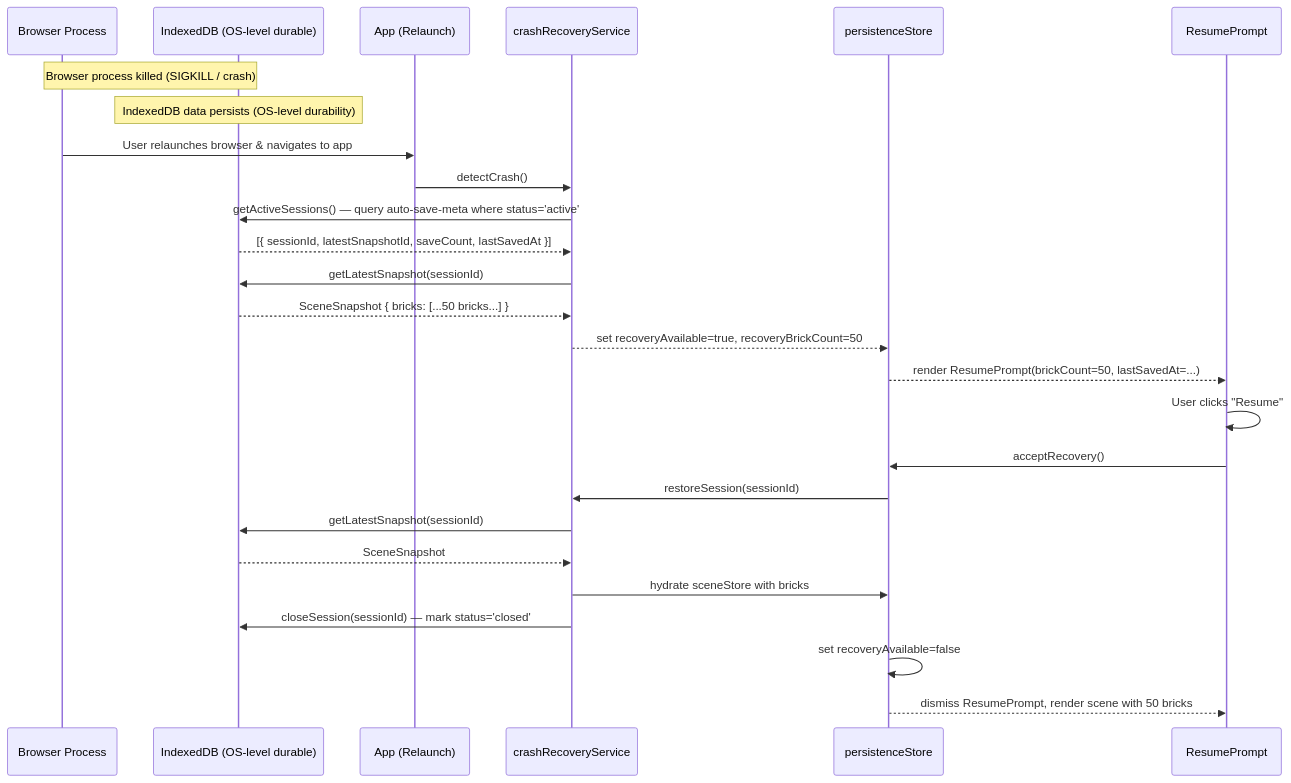
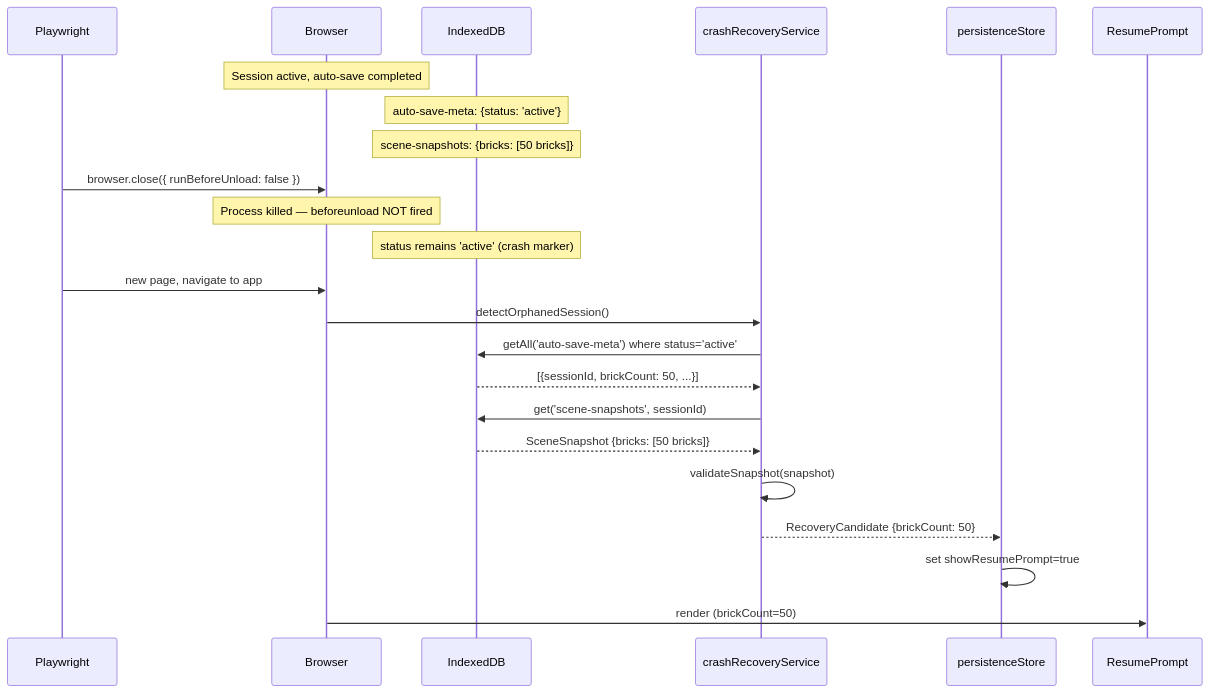
One commit to sreenivasmrpivot/legobuilder changed the second of 4 diagrams in docs/features/NFR-REL-001/LOW_LEVEL_DESIGN.md. Above: the diagram before and after it, drawn with Mermaid. The commit also changed other lines of this file and 2 other files, not shown here.

First line of the commit message:
docs: LLD v2 for NFR-REL-001 — Ensure auto-saved data survives browser crash with zero data loss

````diff
--- a/docs/features/NFR-REL-001/LOW_LEVEL_DESIGN.md
+++ b/docs/features/NFR-REL-001/LOW_LEVEL_DESIGN.md
@@ -337,29 +286,25 @@
 ```mermaid
 sequenceDiagram
-    participant Browser as Browser Process
-    participant IDB as IndexedDB (OS-level durable)
-    participant App2 as App (Relaunch)
-    participant RecSvc as crashRecoveryService
-    participant Store as persistenceStore
-    participant UI as ResumePrompt
+    participant Playwright
+    participant Browser
+    participant IndexedDB
 
-    Note over Browser,IDB: Browser process killed (SIGKILL / crash)
-    Note over IDB: IndexedDB data persists (OS-level durability)
-    Browser->>App2: User relaunches browser & navigates to app
-    App2->>RecSvc: detectCrash()
-    RecSvc->>IDB: getActiveSessions() — query auto-save-meta where status='active'
-    IDB-->>RecSvc: [{ sessionId, latestSnapshotId, saveCount, lastSavedAt }]
-    RecSvc->>IDB: getLatestSnapshot(sessionId)
-    IDB-->>RecSvc: SceneSnapshot { bricks: [...50 bricks...] }
-    RecSvc-->>Store: set recoveryAvailable=true, recoveryBrickCount=50
-    Store-->>UI: render ResumePrompt(brickCount=50, lastSavedAt=...)
-    UI->>UI: User clicks "Resume"
-    UI->>Store: acceptRecovery()
-    Store->>RecSvc: restoreSession(sessionId)
-    RecSvc->>IDB: getLatestSnapshot(sessionId)
-    IDB-->>RecSvc: SceneSnapshot
-    RecSvc->>Store: hydrate sceneStore with bricks
-    RecSvc->>IDB: closeSession(sessionId) — mark status='closed'
-    Store->>Store: set recoveryAvailable=false
-    Store-->>UI: dismiss ResumePrompt, render scene with 50 bricks
+    Note over Browser: Session active, auto-save completed
+    Note over IndexedDB: auto-save-meta: {status: 'active'}
+    Note over IndexedDB: scene-snapshots: {bricks: [50 bricks]}
+
+    Playwright->>Browser: browser.close({ runBeforeUnload: false })
+    Note over Browser: Process killed — beforeunload NOT fired
+    Note over IndexedDB: status remains 'active' (crash marker)
+
+    Playwright->>Browser: new page, navigate to app
+    Browser->>crashRecoveryService: detectOrphanedSession()
+    crashRecoveryService->>IndexedDB: getAll('auto-save-meta') where status='active'
+    IndexedDB-->>crashRecoveryService: [{sessionId, brickCount: 50, ...}]
+    crashRecoveryService->>IndexedDB: get('scene-snapshots', sessionId)
+    IndexedDB-->>crashRecoveryService: SceneSnapshot {bricks: [50 bricks]}
+    crashRecoveryService->>crashRecoveryService: validateSnapshot(snapshot)
+    crashRecoveryService-->>persistenceStore: RecoveryCandidate {brickCount: 50}
+    persistenceStore->>persistenceStore: set showResumePrompt=true
+    Browser->>ResumePrompt: render (brickCount=50)
 ```
````
